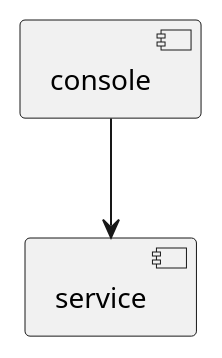
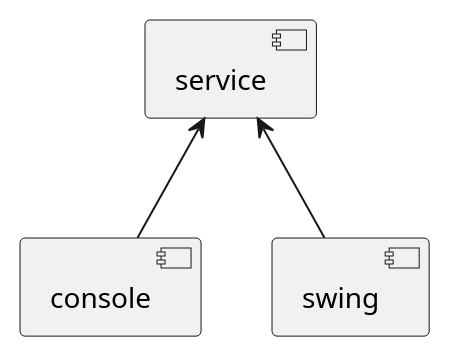
The diagram in documentation/modules.plantuml (greifentor/service-monitor), drawn with PlantUML before and after one commit. The commit also changed 2 other files, not shown here.

Commit message:
Added some architectural documentation.

```diff
--- a/documentation/modules.plantuml
+++ b/documentation/modules.plantuml
@@ -1,9 +1,13 @@
 @startuml
 
 [console]
 
 [service]
 
-[console] --> [service]
+[swing]
+
+[console] -UP-> [service]
+
+[swing] -UP-> [service]
 
 @enduml
```
